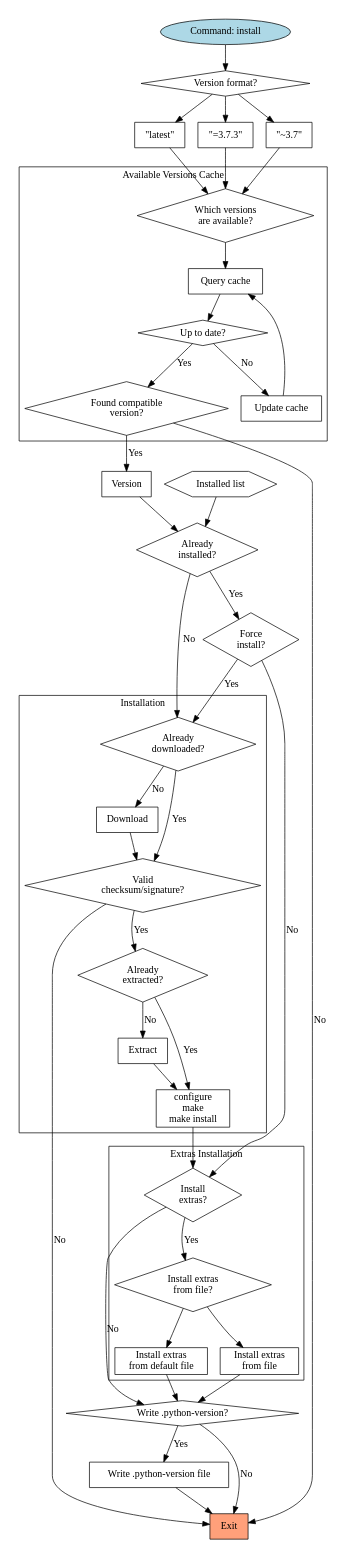
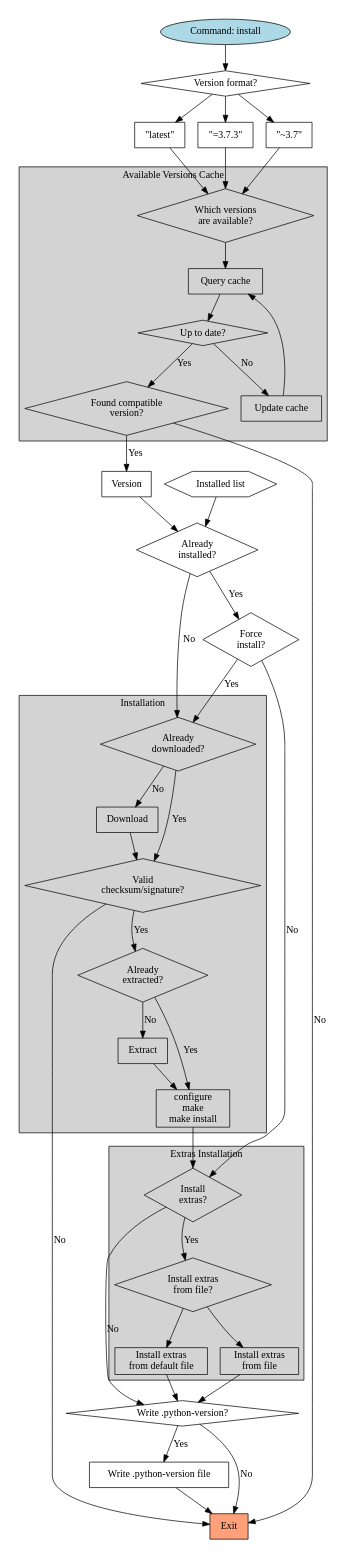
Before and after one commit to nbigaouette/hygeia: the diagram in graphviz/install.dot, drawn with Graphviz. The commit also changed 1 other file, not shown here.

Commit message:
Fill boxes with lightgrey

```diff
--- a/graphviz/install.dot
+++ b/graphviz/install.dot
@@ -1,119 +1,125 @@
 digraph install {
     node [shape="rectangle"];
 
     subgraph cluster_install_commmand {
         label = "";
         color = "none";
 
         command_install [label="Command: install", shape="oval", style="filled", fillcolor="lightblue"];
         decision_parse_version [label="Version format?", shape="diamond"];
         version [label = "Version"];
 
         installed_list [label="Installed list", shape="hexagon"];
         decision_already_installed [label="Already\ninstalled?", shape="diamond"];
         decision_force_install [label="Force\ninstall?", shape="diamond"];
 
         decision_write_version_file [label="Write .python-version?", shape="diamond"];
         write_version_file [label="Write .python-version file"];
 
         exit [label="Exit", style="filled", fillcolor="lightsalmon"];
 
         subgraph cluster_versions {
             color = "none";
             label = "";
             version_latest [label="\"latest\""];
             version_exact [label="\"=3.7.3\""];
             version_tilde [label="\"~3.7\""];
         }
 
         subgraph cluster_available_cache {
             label = "Available Versions Cache";
             shape = "rectangle";
             color = "black";
+            style = "filled";
+            fillcolor = "lightgrey";
             decision_cache_available_versions [label="Which versions\nare available?", shape="diamond"];
             cache_query [label="Query cache"];
             decision_cache_up_to_date [label="Up to date?", shape="diamond"];
             cache_update [label="Update cache"];
             cache_find_compatible [label="Found compatible\nversion?", shape="diamond"];
         }
 
         subgraph cluster_install {
             label = "Installation";
             shape = "rectangle";
             color = "black";
+            style = "filled";
+            fillcolor = "lightgrey";
             decision_already_downloaded [label="Already\ndownloaded?", shape="diamond"];
             download [label="Download"];
             decision_valid_checksum [label="Valid\nchecksum/signature?", shape="diamond"];
             decision_already_extracted [label="Already\nextracted?", shape="diamond"];
             extract [label="Extract"];
             configure_make_make_install [label="configure\nmake\nmake install"];
         }
 
         subgraph cluster_extras_install {
             label = "Extras Installation";
             shape = "rectangle";
             color = "black";
+            style = "filled";
+            fillcolor = "lightgrey";
             decision_install_extras [label="Install\nextras?", shape="diamond"];
             decision_extras_from_file [label="Install extras\nfrom file?", shape="diamond"];
             extras_from_file [label="Install extras\nfrom file"];
             extras_from_default [label="Install extras\nfrom default file"];
         }
     }
 
     // ========================================================
     // Transitions
 
     command_install -> decision_parse_version;
 
     decision_parse_version -> version_latest;
     decision_parse_version -> version_exact;
     decision_parse_version -> version_tilde;
 
     cache_query -> decision_cache_up_to_date;
     decision_cache_up_to_date -> cache_find_compatible [label="Yes"];
     decision_cache_up_to_date -> cache_update [label="No"];
     cache_update -> cache_query;
 
     version_tilde -> decision_cache_available_versions;
     version_latest -> decision_cache_available_versions;
     version_exact -> decision_cache_available_versions;
     decision_cache_available_versions -> cache_query;
 
     cache_find_compatible -> version [label="Yes"];
     cache_find_compatible -> exit [label="No"];
 
     version -> decision_already_installed;
 
     installed_list  -> decision_already_installed;
 
     decision_already_installed -> decision_force_install [label="Yes"];
     decision_already_installed -> decision_already_downloaded [label="No"];
     decision_force_install -> decision_already_downloaded [label="Yes"];
     decision_force_install -> decision_install_extras [label="No"];
 
     decision_already_downloaded -> download [label="No"];
     decision_already_downloaded -> decision_valid_checksum [label="Yes"];
 
     download -> decision_valid_checksum;
     decision_valid_checksum -> decision_already_extracted [label="Yes"];
     decision_valid_checksum -> exit [label="No"];
 
     decision_already_extracted -> configure_make_make_install [label="Yes"];
     decision_already_extracted -> extract [label="No"];
 
     extract -> configure_make_make_install;
 
     configure_make_make_install -> decision_install_extras;
     decision_install_extras -> decision_extras_from_file [label="Yes"];
     decision_install_extras -> decision_write_version_file [label="No"];
 
     decision_extras_from_file -> extras_from_file;
     decision_extras_from_file -> extras_from_default;
     extras_from_file -> decision_write_version_file;
     extras_from_default -> decision_write_version_file;
 
     decision_write_version_file -> write_version_file [label="Yes"];
     decision_write_version_file -> exit [label="No"];
 
     write_version_file -> exit;
 }
```
